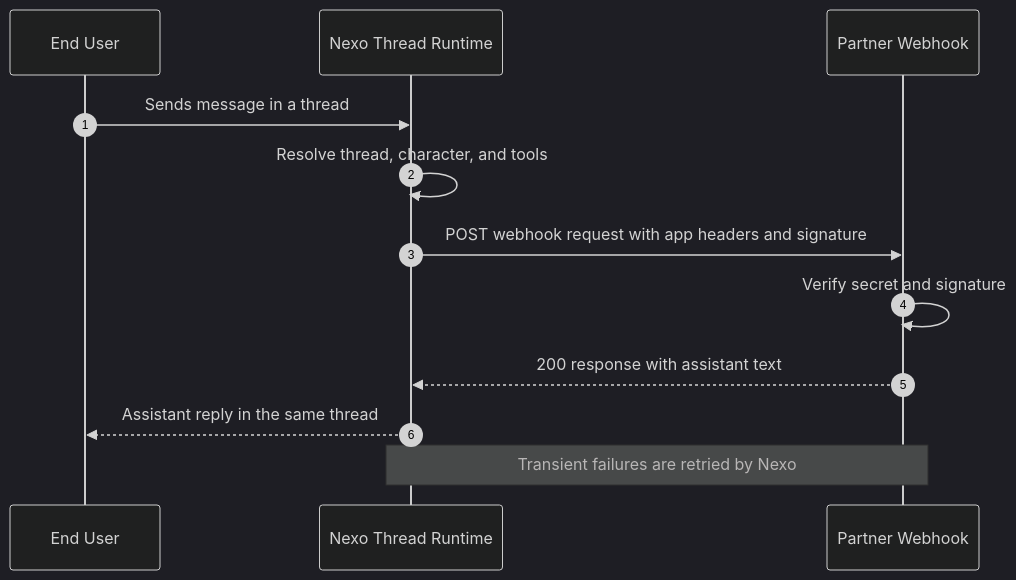
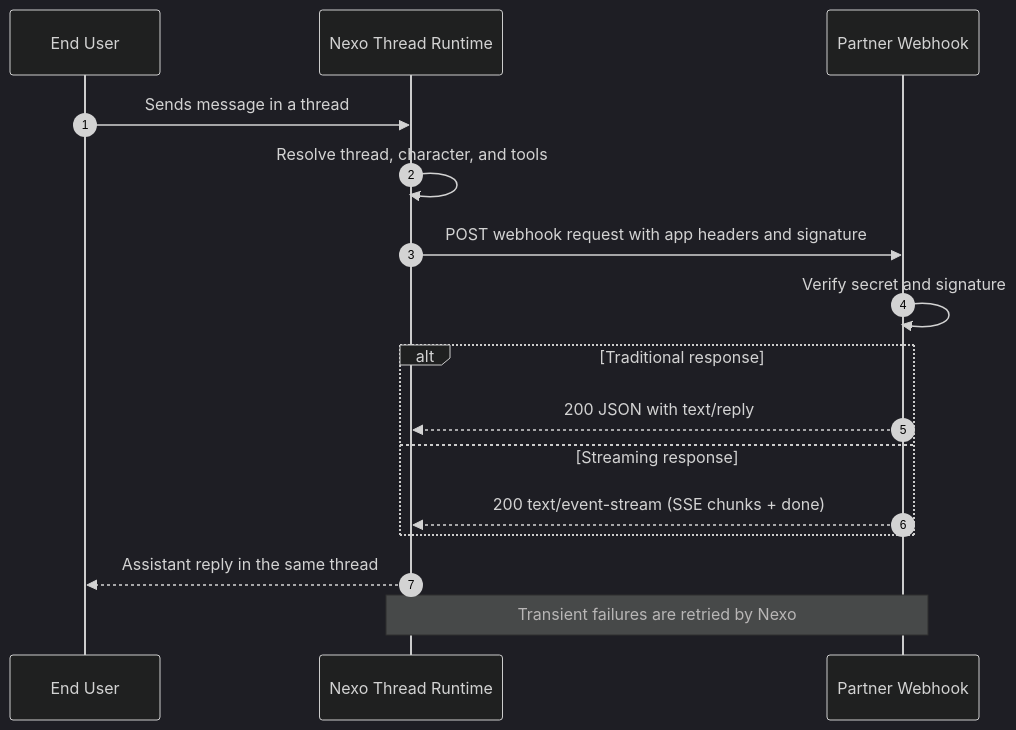
Before and after one commit to The-Wordlab/luzia-nexo-api: the diagram in README.md, drawn with Mermaid (dark theme). The commit also changed 2 other files, not shown here.

Commit message:
docs: illustrate webhook JSON vs SSE response paths

````diff
--- a/README.md
+++ b/README.md
@@ -19,15 +19,19 @@
 ```mermaid
 sequenceDiagram
     autonumber
     participant User as End User
     participant Nexo as Nexo Thread Runtime
     participant Partner as Partner Webhook
 
     User->>Nexo: Sends message in a thread
     Nexo->>Nexo: Resolve thread, character, and tools
     Nexo->>Partner: POST webhook request with app headers and signature
     Partner->>Partner: Verify secret and signature
-    Partner-->>Nexo: 200 response with assistant text
+    alt Traditional response
+        Partner-->>Nexo: 200 JSON with text/reply
+    else Streaming response
+        Partner-->>Nexo: 200 text/event-stream (SSE chunks + done)
+    end
     Nexo-->>User: Assistant reply in the same thread
     Note over Nexo,Partner: Transient failures are retried by Nexo
 ```
````
